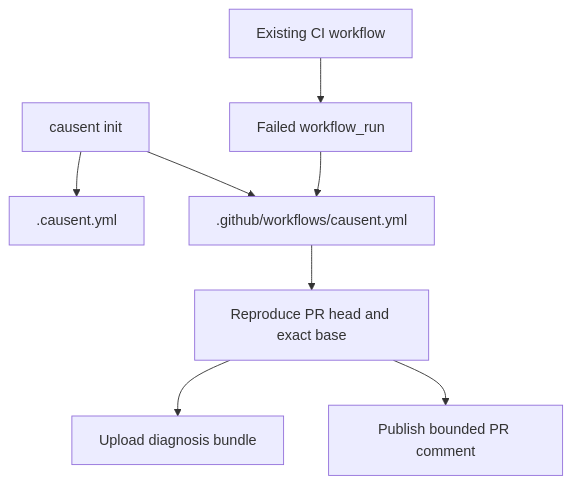
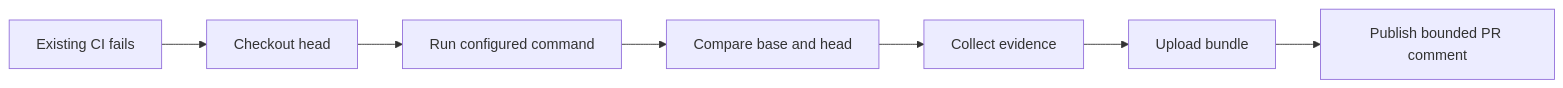
One commit to causent/causent changed the diagram in README.md. Above: the diagram before and after it, drawn with Mermaid. The commit also changed other lines of this file and 1 other file, not shown here.

Commit message:
docs: focus README on diagnosis and evaluation

````diff
--- a/README.md
+++ b/README.md
@@ -50,10 +99,9 @@
 ```mermaid
-flowchart TD
-    I[causent init] --> C[.causent.yml]
-    I --> W[.github/workflows/causent.yml]
-    T[Existing CI workflow] --> F[Failed workflow_run]
-    F --> W
-    W --> R[Reproduce PR head and exact base]
-    R --> B[Upload diagnosis bundle]
-    R --> P[Publish bounded PR comment]
+flowchart LR
+    A[Existing CI fails] --> B[Checkout head]
+    B --> C[Run configured command]
+    C --> D[Compare base and head]
+    D --> E[Collect evidence]
+    E --> F[Upload bundle]
+    F --> G[Publish bounded PR comment]
 ```
````
